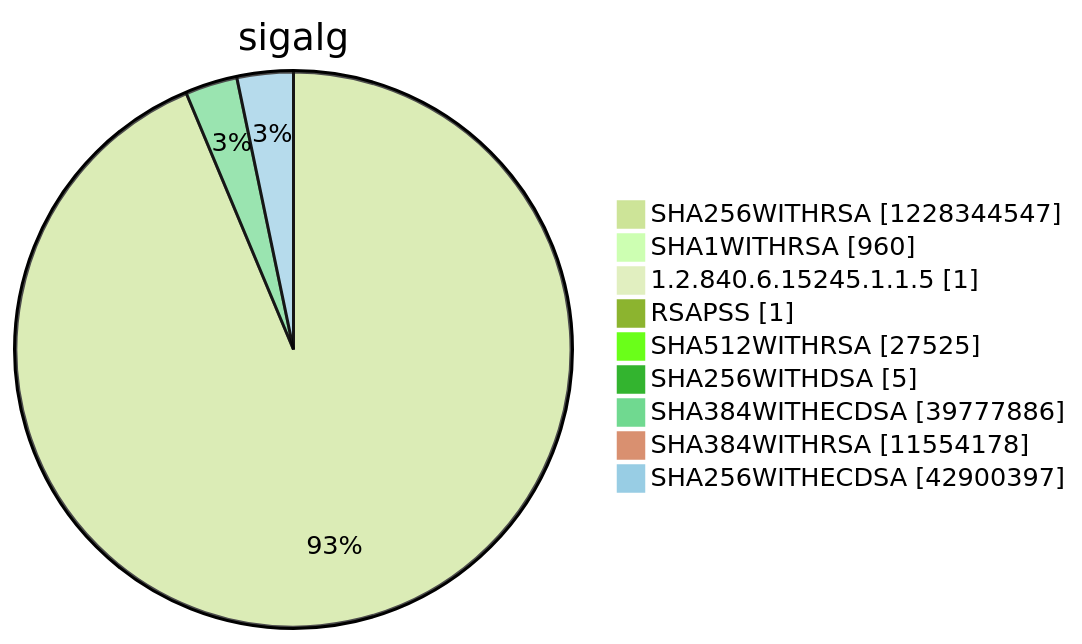
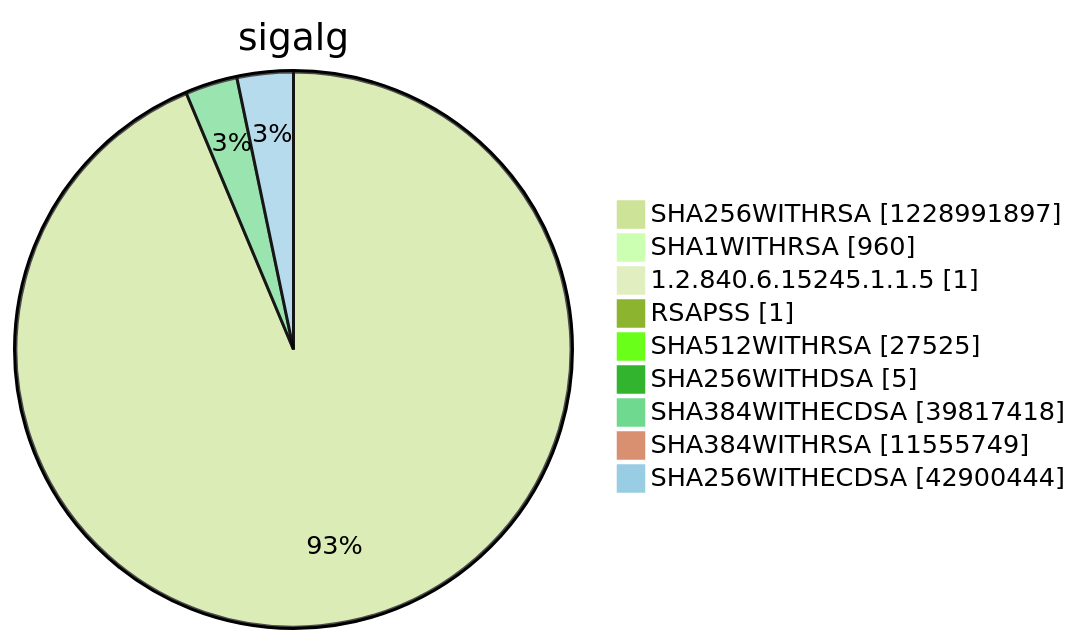
Diagram 15 of 15 in argon2022/README.md (christiankrug/ctmonitor_visualization), drawn with Mermaid (forest theme) before and after one commit. The commit also changed other lines of this file, not shown here.

````diff
--- a/argon2022/README.md
+++ b/argon2022/README.md
@@ -5522,13 +5522,13 @@
 ```mermaid
 pie showData
 title sigalg
-"SHA256WITHRSA" :1228344547
+"SHA256WITHRSA" :1228991897
 "SHA1WITHRSA" :960
 "1.2.840.6.15245.1.1.5" :1
 "RSAPSS" :1
 "SHA512WITHRSA" :27525
 "SHA256WITHDSA" :5
-"SHA384WITHECDSA" :39777886
-"SHA384WITHRSA" :11554178
-"SHA256WITHECDSA" :42900397
+"SHA384WITHECDSA" :39817418
+"SHA384WITHRSA" :11555749
+"SHA256WITHECDSA" :42900444
 ```
````
